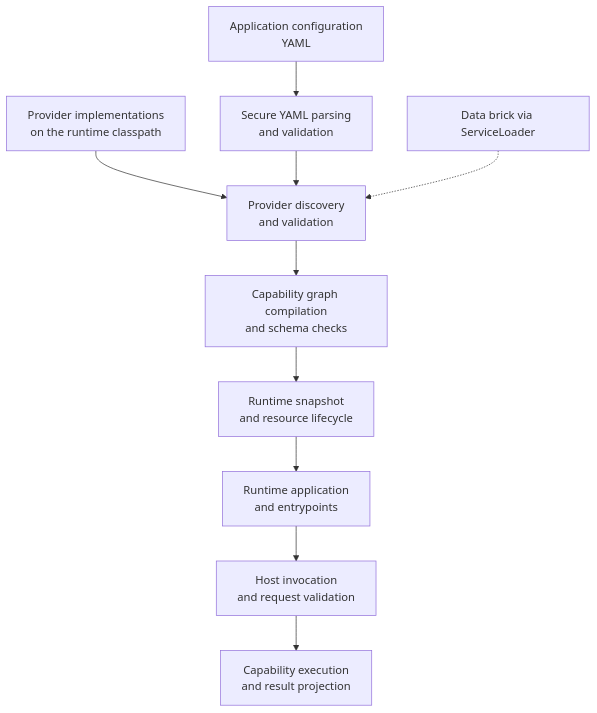
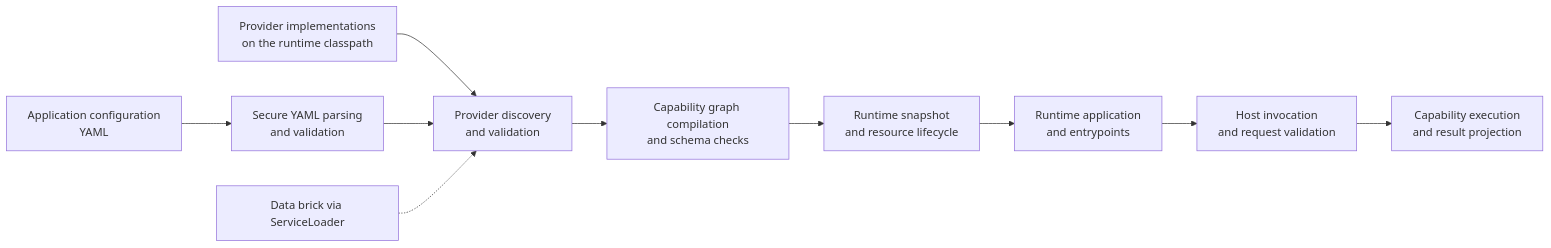
One commit to Hogwai/heron-forge changed the second of 2 diagrams in README.md. Above: the diagram before and after it, drawn with Mermaid. The commit also changed 56 other files, not shown here.

````diff
--- a/README.md
+++ b/README.md
@@ -49,12 +49,12 @@
 ```mermaid
-flowchart TD
+flowchart LR
     configStage["Application configuration<br/>YAML"] --> parseStage["Secure YAML parsing<br/>and validation"]
     providerInput["Provider implementations<br/>on the runtime classpath"] --> providerStage["Provider discovery<br/>and validation"]
     parseStage --> providerStage
     providerStage --> graphStage["Capability graph compilation<br/>and schema checks"]
     graphStage --> snapshotStage["Runtime snapshot<br/>and resource lifecycle"]
     snapshotStage --> applicationStage["Runtime application<br/>and entrypoints"]
     applicationStage --> invocationStage["Host invocation<br/>and request validation"]
     invocationStage --> executionStage["Capability execution<br/>and result projection"]
     dataInput["Data brick via ServiceLoader"] -.-> providerStage
 ```
````
